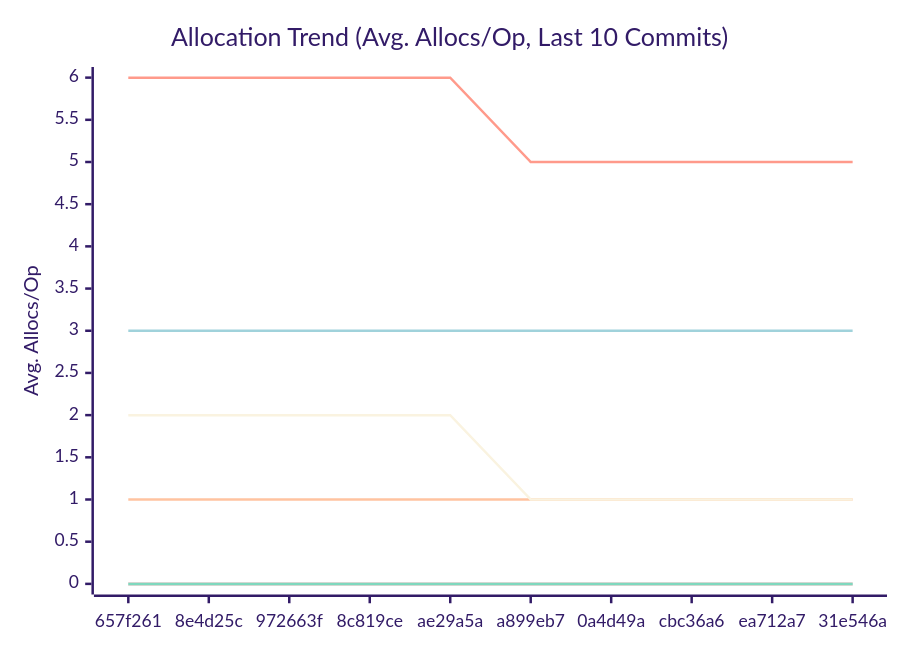
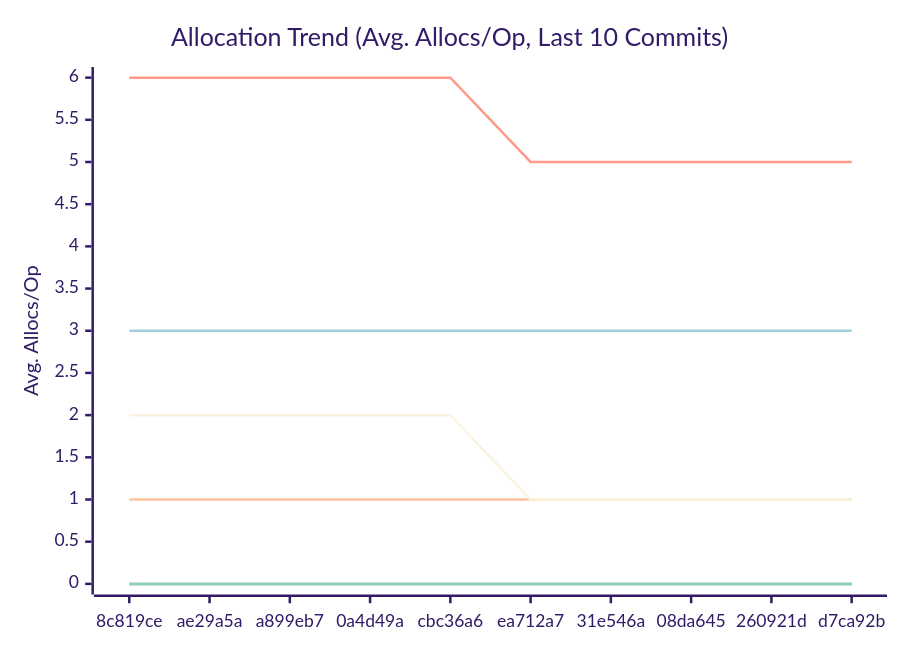
One commit to alsotoes/momo changed the third of 3 diagrams in docs/PERFORMANCE.md. Above: the diagram before and after it, drawn with Mermaid (forest theme). The commit also changed other lines of this file and 17 other files, not shown here.

````diff
--- a/docs/PERFORMANCE.md
+++ b/docs/PERFORMANCE.md
@@ -114,16 +114,16 @@
 ```mermaid
 xychart-beta
     title "Allocation Trend (Avg. Allocs/Op, Last 10 Commits)"
     x-axis "Commit"
     y-axis "Avg. Allocs/Op"
-    x-axis [657f261,8e4d25c,972663f,8c819ce,ae29a5a,a899eb7,0a4d49a,cbc36a6,ea712a7,31e546a]
+    x-axis [8c819ce,ae29a5a,a899eb7,0a4d49a,cbc36a6,ea712a7,31e546a,08da645,260921d,d7ca92b]
     line "CheckMetricsAndSwap" [0,0,0,0,0,0,0,0,0,0]
     line "CrushOptimized" [0,0,0,0,0,0,0,0,0,0]
     line "CrushOriginal" [3,3,3,3,3,3,3,3,3,3]
     line "IndexDirectTracking" [0,0,0,0,0,0,0,0,0,0]
     line "IndexSearch" [0,0,0,0,0,0,0,0,0,0]
     line "LoadGlobalConfig" [1,1,1,1,1,1,1,1,1,1]
     line "PadString" [0,0,0,0,0,0,0,0,0,0]
     line "ParseReplicationOrder_NoPrealloc" [6,6,6,6,6,5,5,5,5,5]
     line "ParseReplicationOrder_Prealloc" [2,2,2,2,2,1,1,1,1,1]
 ```
````
